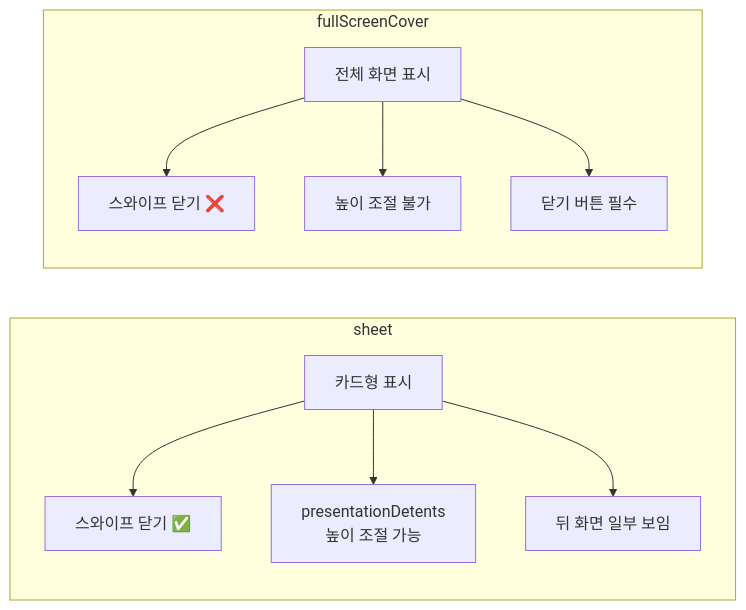
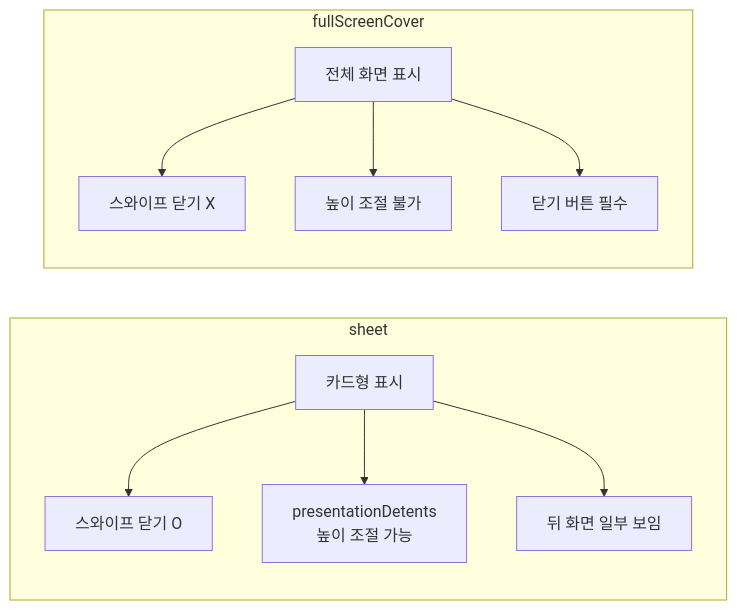
The third of 3 diagrams in 04-navigation-design/02-tab-modal.md (jsonpassion/forge-tutorial-swift), drawn with Mermaid before and after one commit. The commit also changed other lines of this file and 69 other files, not shown here.

````diff
--- a/04-navigation-design/02-tab-modal.md
+++ b/04-navigation-design/02-tab-modal.md
@@ -234,13 +234,13 @@
 ```mermaid
 flowchart LR
     subgraph sheet
-        S1["카드형 표시"] --> S2["스와이프 닫기 ✅"]
-        S1 --> S3["presentationDetents\n높이 조절 가능"]
+        S1["카드형 표시"] --> S2["스와이프 닫기 O"]
+        S1 --> S3["presentationDetents<br/>높이 조절 가능"]
         S1 --> S4["뒤 화면 일부 보임"]
     end
     subgraph fullScreenCover
-        F1["전체 화면 표시"] --> F2["스와이프 닫기 ❌"]
+        F1["전체 화면 표시"] --> F2["스와이프 닫기 X"]
         F1 --> F3["높이 조절 불가"]
         F1 --> F4["닫기 버튼 필수"]
     end
 ```
````
